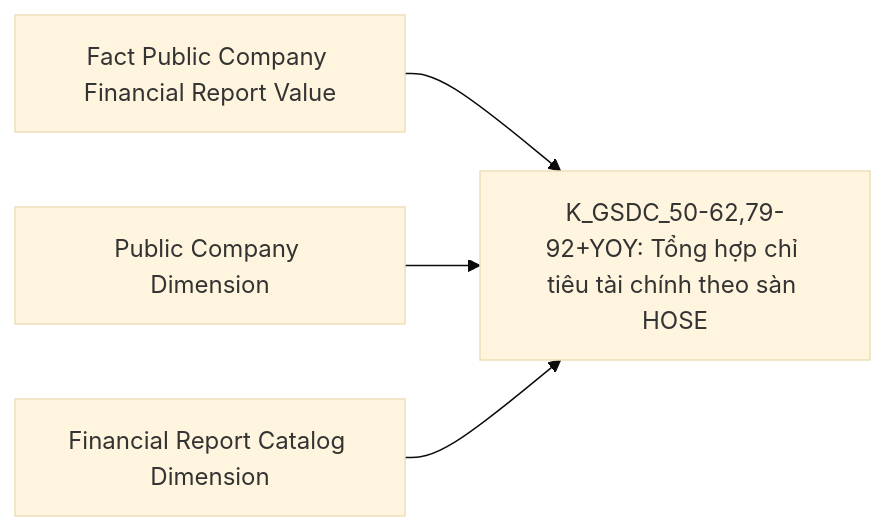
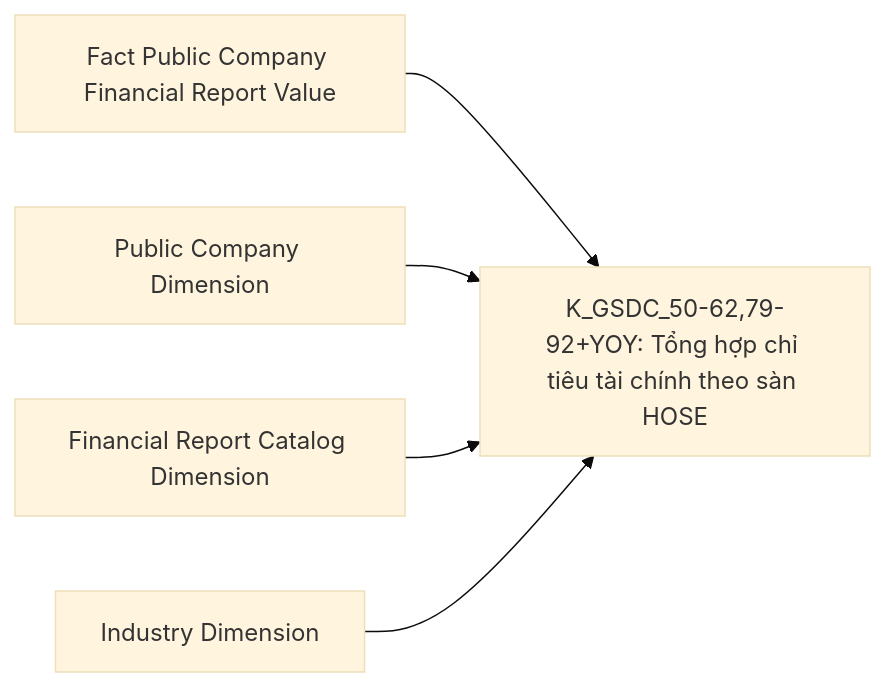
Diagram 32 of 56 in Datamart/hld/DTM_GSDC_HLD.md (linhlvit/ubck_atomic_design), drawn with Mermaid (base theme) before and after one commit. The commit also changed other lines of this file and 10 other files, not shown here.

````diff
--- a/Datamart/hld/DTM_GSDC_HLD.md
+++ b/Datamart/hld/DTM_GSDC_HLD.md
@@ -1448,6 +1488,7 @@
 ```mermaid
 flowchart LR
     fct_pc_fr_val_g13["Fact Public Company Financial Report Value"] --> R13["K_GSDC_50-62,79-92+YOY: Tổng hợp chỉ tiêu tài chính theo sàn HOSE"]
     public_company_dim_g13["Public Company Dimension"] --> R13
     financial_rpt_catalog_dim_g13["Financial Report Catalog Dimension"] --> R13
+    industry_dim_g13["Industry Dimension"] --> R13
 ```
````
